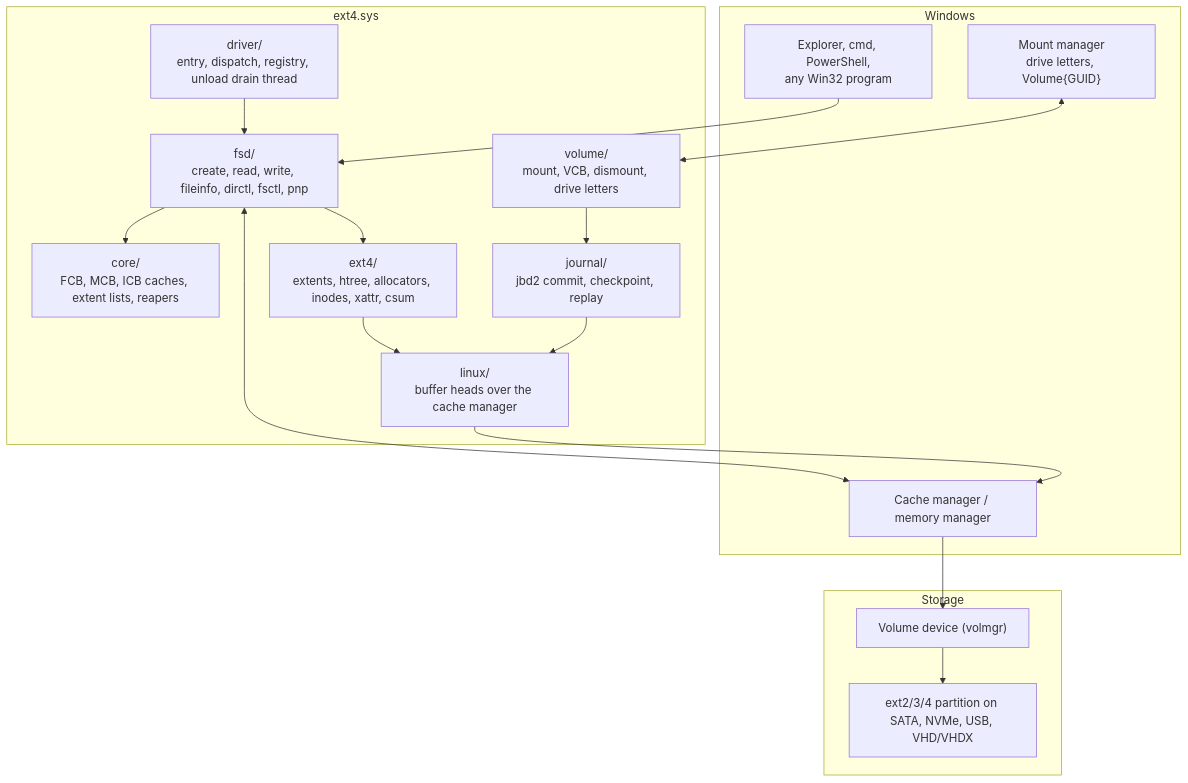
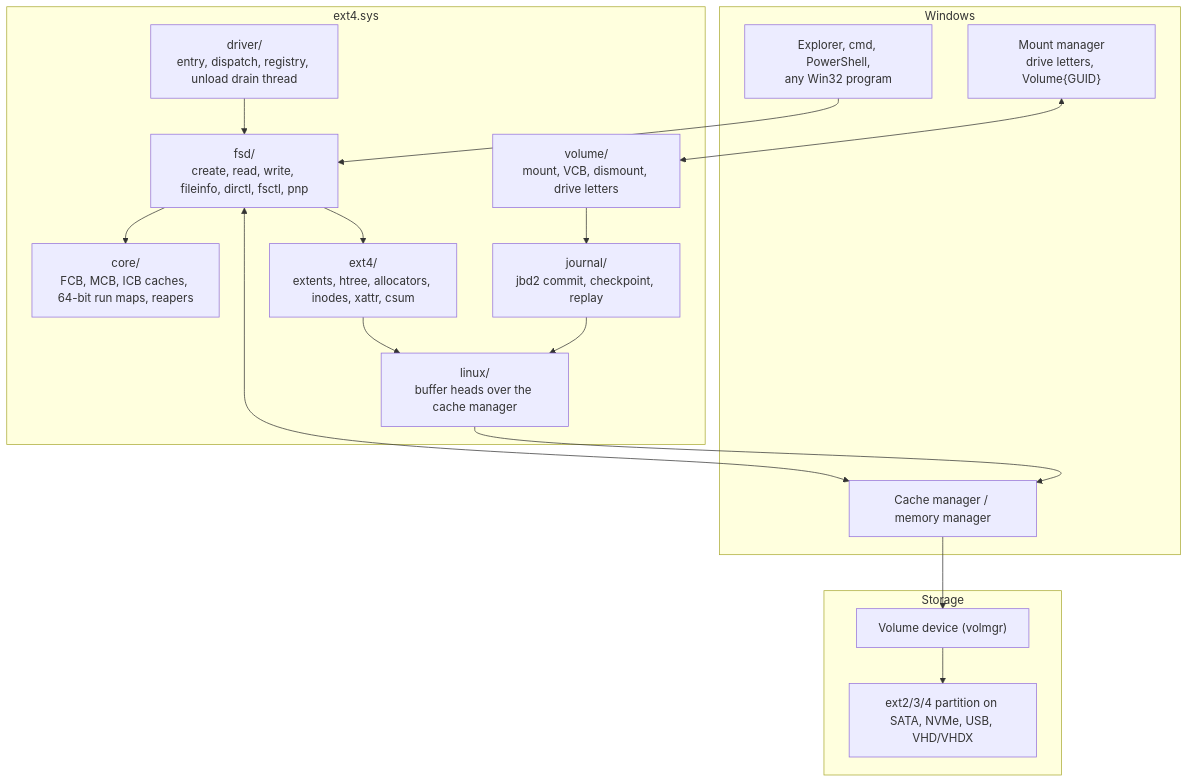
One commit to wesmar/Ext4 changed the first of 4 diagrams in README.md. Above: the diagram before and after it, drawn with Mermaid. The commit also changed other lines of this file and 237 other files, not shown here.

````diff
--- a/README.md
+++ b/README.md
@@ -124,36 +127,36 @@
 ```mermaid
 flowchart TB
     subgraph APPS["Windows"]
         EXPL["Explorer, cmd, PowerShell,<br/>any Win32 program"]
         MM["Mount manager<br/>drive letters, Volume{GUID}"]
         CC["Cache manager / memory manager"]
     end
 
     subgraph DRV["ext4.sys"]
         DRIVER["driver/<br/>entry, dispatch, registry, unload drain thread"]
         FSD["fsd/<br/>create, read, write, fileinfo, dirctl, fsctl, pnp"]
         VOL["volume/<br/>mount, VCB, dismount, drive letters"]
-        CORE["core/<br/>FCB, MCB, ICB caches, extent lists, reapers"]
+        CORE["core/<br/>FCB, MCB, ICB caches, 64-bit run maps, reapers"]
         EXT4["ext4/<br/>extents, htree, allocators, inodes, xattr, csum"]
         JNL["journal/<br/>jbd2 commit, checkpoint, replay"]
         LNX["linux/<br/>buffer heads over the cache manager"]
     end
 
     subgraph DISK["Storage"]
         VOLDEV["Volume device (volmgr)"]
         MEDIA["ext2/3/4 partition on SATA, NVMe, USB, VHD/VHDX"]
     end
 
     EXPL --> FSD
     MM <--> VOL
     FSD --> CORE
     FSD --> EXT4
     FSD <--> CC
     VOL --> JNL
     EXT4 --> LNX
     JNL --> LNX
     LNX --> CC
     CC --> VOLDEV
     DRIVER --> FSD
     VOLDEV --> MEDIA
 ```
````
